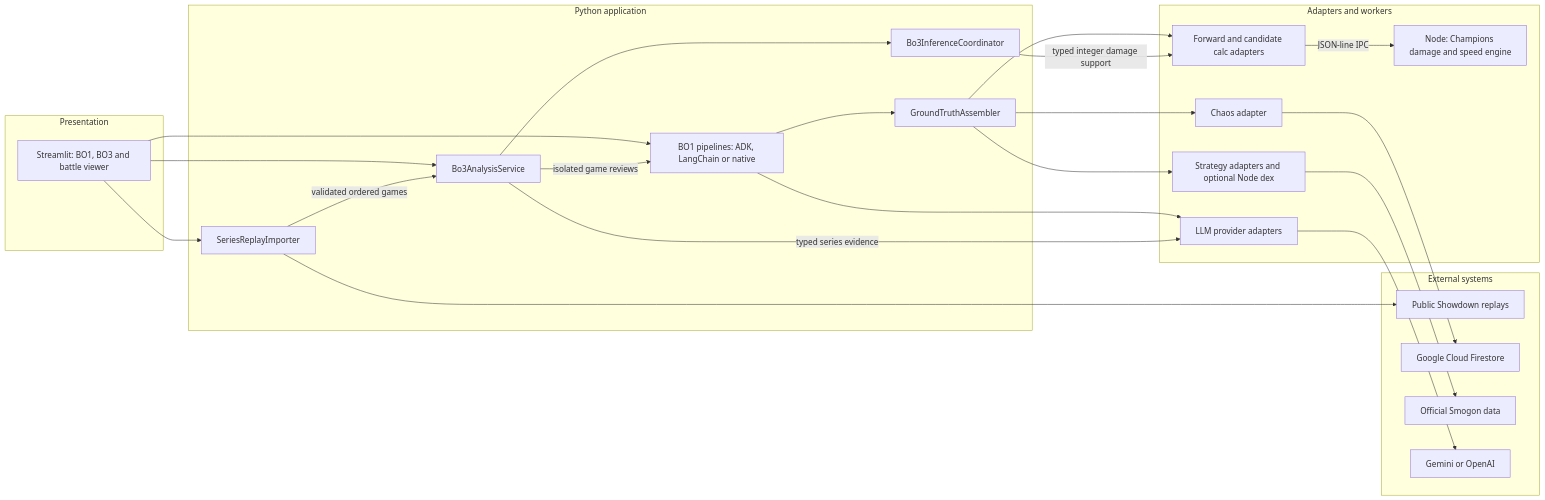
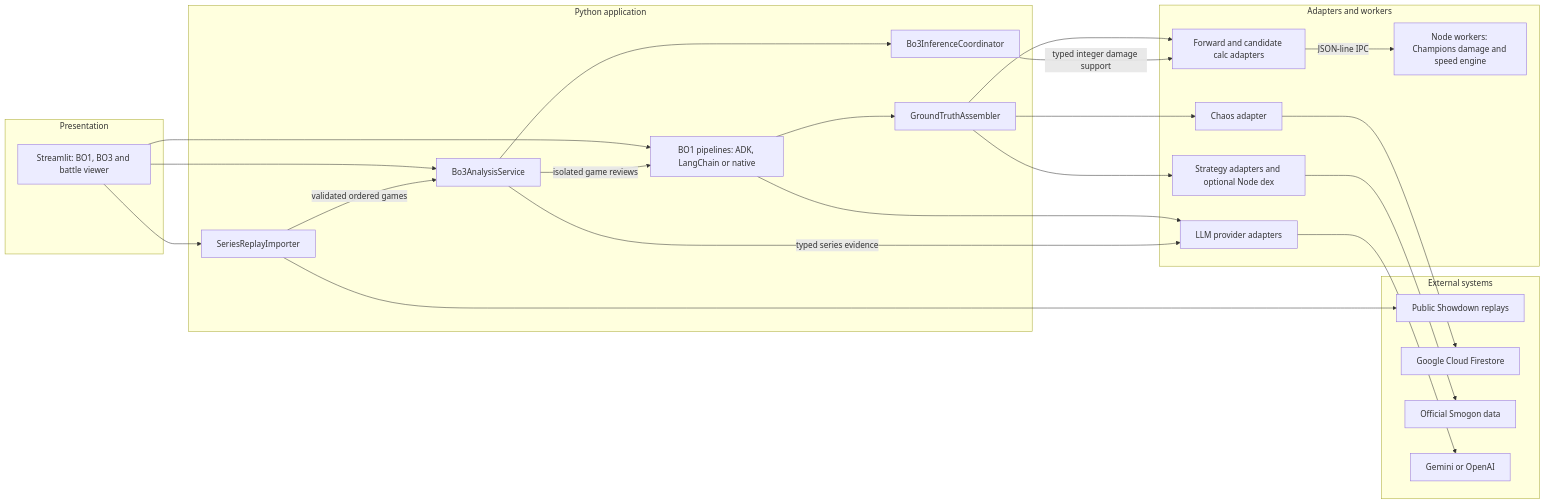
The diagram in docs/diagrams/architecture.mmd (Huarada/professor-VGC), drawn with Mermaid before and after one commit. The commit also changed 54 other files, not shown here.

```diff
--- a/docs/diagrams/architecture.mmd
+++ b/docs/diagrams/architecture.mmd
@@ -1,42 +1,42 @@
 flowchart LR
     subgraph presentation ["Presentation"]
         ui["Streamlit: BO1, BO3 and battle viewer"]
     end
     subgraph application ["Python application"]
         importer["SeriesReplayImporter"]
         series["Bo3AnalysisService"]
         single["BO1 pipelines: ADK, LangChain or native"]
         evidence["GroundTruthAssembler"]
         inverse["Bo3InferenceCoordinator"]
     end
     subgraph infrastructure ["Adapters and workers"]
         calc["Forward and candidate calc adapters"]
-        worker["Node: Champions damage and speed engine"]
+        worker["Node workers: Champions damage and speed engine"]
         meta["Chaos adapter"]
         strategy["Strategy adapters and optional Node dex"]
         provider["LLM provider adapters"]
     end
     subgraph external ["External systems"]
         showdown["Public Showdown replays"]
         firestore["Google Cloud Firestore"]
         smogon["Official Smogon data"]
         llm["Gemini or OpenAI"]
     end
     ui --> importer
     importer --> showdown
     ui --> single
     ui --> series
     importer -->|"validated ordered games"| series
     series -->|"isolated game reviews"| single
     series --> inverse
     single --> evidence
     evidence --> calc
     evidence --> meta
     evidence --> strategy
     inverse -->|"typed integer damage support"| calc
     calc -->|"JSON-line IPC"| worker
     meta --> firestore
     strategy --> smogon
     single --> provider
     series -->|"typed series evidence"| provider
     provider --> llm
```
